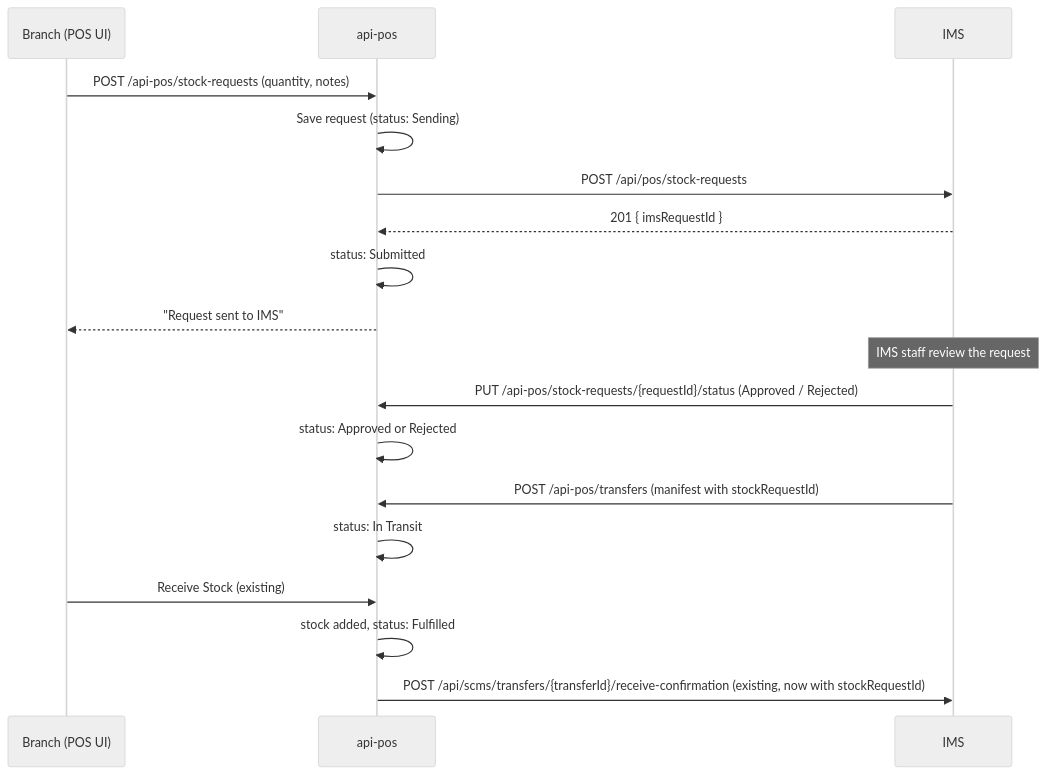
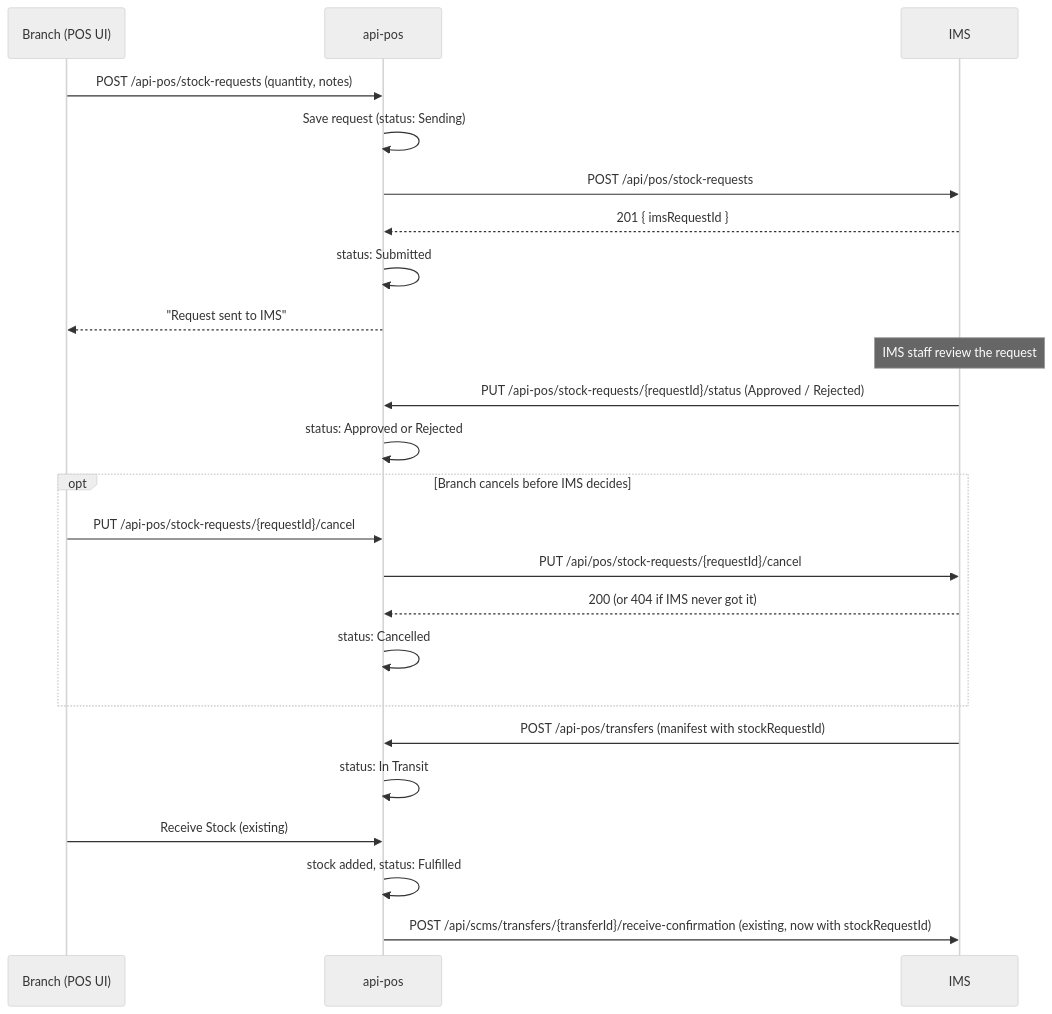
The diagram in STOCK-REQUEST-INTEGRATION.md (john-michaelg135/api-pos), drawn with Mermaid (neutral theme) before and after one commit. The commit also changed other lines of this file and 12 other files, not shown here.

First line of the commit message:
feat: cancel stock requests before IMS decides, and allow repeat requests

````diff
--- a/STOCK-REQUEST-INTEGRATION.md
+++ b/STOCK-REQUEST-INTEGRATION.md
@@ -17,23 +17,30 @@
 ```mermaid
 sequenceDiagram
     participant B as Branch (POS UI)
     participant P as api-pos
     participant I as IMS
 
     B->>P: POST /api-pos/stock-requests (quantity, notes)
     P->>P: Save request (status: Sending)
     P->>I: POST /api/pos/stock-requests
     I-->>P: 201 { imsRequestId }
     P->>P: status: Submitted
     P-->>B: "Request sent to IMS"
 
     Note over I: IMS staff review the request
     I->>P: PUT /api-pos/stock-requests/{requestId}/status (Approved / Rejected)
     P->>P: status: Approved or Rejected
 
+    opt Branch cancels before IMS decides
+        B->>P: PUT /api-pos/stock-requests/{requestId}/cancel
+        P->>I: PUT /api/pos/stock-requests/{requestId}/cancel
+        I-->>P: 200 (or 404 if IMS never got it)
+        P->>P: status: Cancelled
+    end
+
     I->>P: POST /api-pos/transfers (manifest with stockRequestId)
     P->>P: status: In Transit
     B->>P: Receive Stock (existing)
     P->>P: stock added, status: Fulfilled
     P->>I: POST /api/scms/transfers/{transferId}/receive-confirmation (existing, now with stockRequestId)
 ```
````
